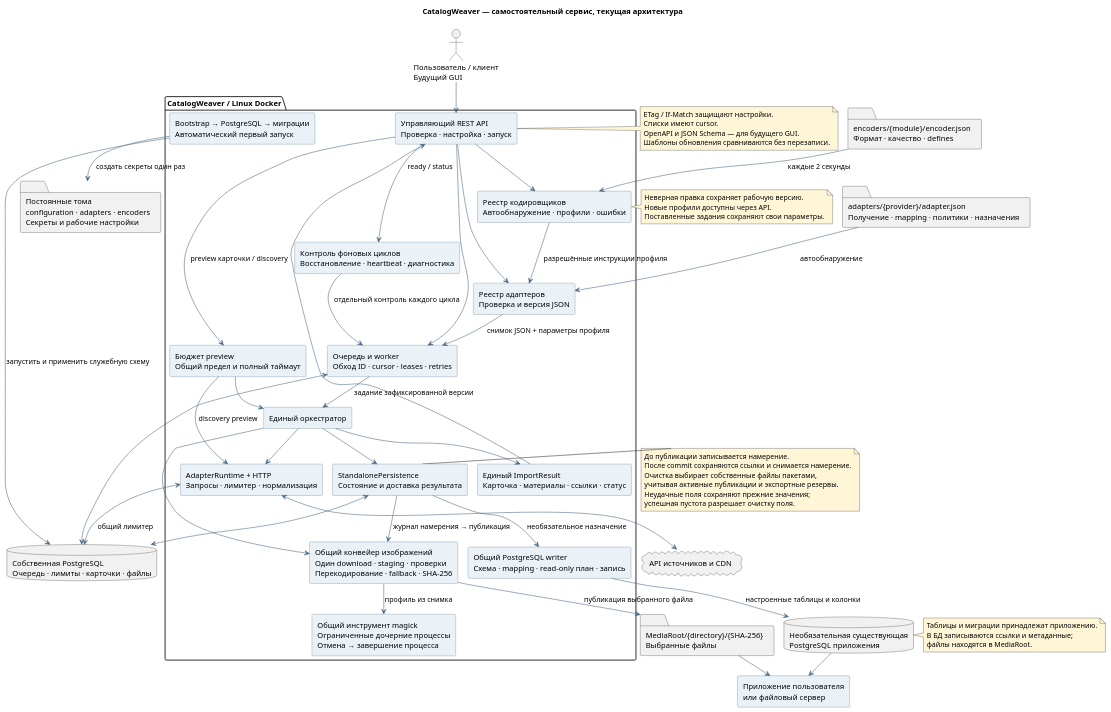
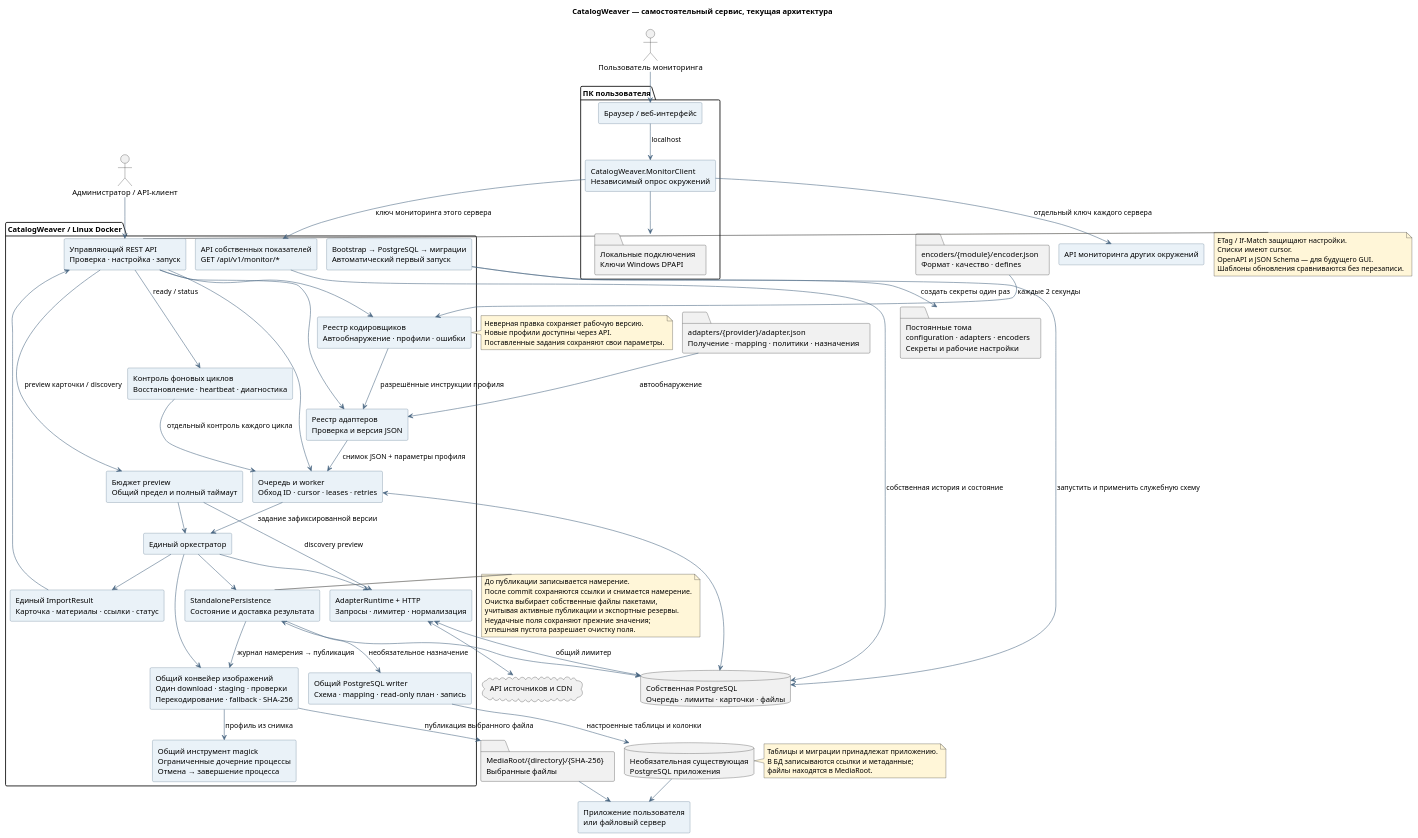
One commit to typoakk/CatalogWeaver changed the first of 3 diagrams in docs/architecture.puml. Above: the diagram before and after it, drawn with PlantUML. The commit also changed 32 other files, not shown here.

Commit message:
Add standalone monitoring client and per-server metrics

```diff
--- a/docs/architecture.puml
+++ b/docs/architecture.puml
@@ -1,98 +1,112 @@
 @startuml CatalogWeaver_Components
 !pragma layout smetana
 title CatalogWeaver — самостоятельный сервис, текущая архитектура
 top to bottom direction
 skinparam backgroundColor #FFFFFF
 skinparam shadowing false
 skinparam defaultFontName Arial
 skinparam componentStyle rectangle
 skinparam componentBackgroundColor #EAF2F8
 skinparam componentBorderColor #486581
 skinparam ArrowColor #486581
 skinparam noteBackgroundColor #FFF6D8
 
-actor "Пользователь / клиент\nБудущий GUI" as Client
+actor "Администратор / API-клиент" as Client
+actor "Пользователь мониторинга" as MonitorUser
+package "ПК пользователя" {
+  component "Браузер / веб-интерфейс" as MonitorWeb
+  component "CatalogWeaver.MonitorClient\nНезависимый опрос окружений" as MonitorClient
+  folder "Локальные подключения\nКлючи Windows DPAPI" as MonitorProfiles
+}
+component "API мониторинга других окружений" as OtherMonitoring
 folder "adapters/{provider}/adapter.json\nПолучение · mapping · политики · назначения" as Adapters
 folder "encoders/{module}/encoder.json\nФормат · качество · defines" as Encoders
 cloud "API источников и CDN" as Sources
 
 package "CatalogWeaver / Linux Docker" {
   component "Bootstrap → PostgreSQL → миграции\nАвтоматический первый запуск" as Bootstrap
+  component "API собственных показателей\nGET /api/v1/monitor/*" as MonitoringAPI
   component "Управляющий REST API\nПроверка · настройка · запуск" as API
   component "Бюджет preview\nОбщий предел и полный таймаут" as Preview
   component "Реестр адаптеров\nПроверка и версия JSON" as Registry
   component "Реестр кодировщиков\nАвтообнаружение · профили · ошибки" as EncoderRegistry
   component "Очередь и worker\nОбход ID · cursor · leases · retries" as Queue
   component "Контроль фоновых циклов\nВосстановление · heartbeat · диагностика" as Supervision
   component "Единый оркестратор" as Orchestrator
   component "AdapterRuntime + HTTP\nЗапросы · лимитер · нормализация" as Runtime
   component "Общий конвейер изображений\nОдин download · staging · проверки\nПерекодирование · fallback · SHA-256" as Images
   component "Общий инструмент magick\nОграниченные дочерние процессы\nОтмена → завершение процесса" as Codec
   component "StandalonePersistence\nСостояние и доставка результата" as Persistence
   component "Общий PostgreSQL writer\nСхема · mapping · read-only план · запись" as Writer
   component "Единый ImportResult\nКарточка · материалы · ссылки · статус" as Result
 }
 database "Собственная PostgreSQL\nОчередь · лимиты · карточки · файлы" as State
 folder "Постоянные тома\nconfiguration · adapters · encoders\nСекреты и рабочие настройки" as Settings
 database "Необязательная существующая\nPostgreSQL приложения" as Target
 folder "MediaRoot/{directory}/{SHA-256}\nВыбранные файлы" as Media
 component "Приложение пользователя\nили файловый сервер" as Application
 
+MonitorUser --> MonitorWeb
+MonitorWeb --> MonitorClient : localhost
+MonitorClient --> MonitoringAPI : ключ мониторинга этого сервера
+MonitorClient --> OtherMonitoring : отдельный ключ каждого сервера
+MonitorClient --> MonitorProfiles
+MonitoringAPI --> State : собственная история и состояние
 Client --> API
 Bootstrap --> Settings : создать секреты один раз
 Bootstrap --> State : запустить и применить служебную схему
 Adapters --> Registry : автообнаружение
 Encoders --> EncoderRegistry : каждые 2 секунды
 EncoderRegistry --> Registry : разрешённые инструкции профиля
 API --> Registry
 API --> EncoderRegistry
 API --> Queue
 API --> Preview : preview карточки / discovery
 Preview --> Orchestrator
 Preview --> Runtime : discovery preview
 API --> Supervision : ready / status
 Supervision --> Queue : отдельный контроль каждого цикла
 Registry --> Queue : снимок JSON + параметры профиля
 Queue --> Orchestrator : задание зафиксированной версии
 Orchestrator --> Runtime
 Runtime <--> Sources
 Runtime <--> State : общий лимитер
 Orchestrator --> Images
 Images --> Codec : профиль из снимка
 Images --> Media : публикация выбранного файла
 Orchestrator --> Persistence
 Persistence --> Images : журнал намерения → публикация
 Persistence --> Writer : необязательное назначение
 Writer --> Target : настроенные таблицы и колонки
 Persistence <--> State
 Queue <--> State
 Orchestrator --> Result
 Result --> API
 Target --> Application
 Media --> Application
 
 note right of Target
   Таблицы и миграции принадлежат приложению.
   В БД записываются ссылки и метаданные;
   файлы находятся в MediaRoot.
 end note
 note right of EncoderRegistry
   Неверная правка сохраняет рабочую версию.
   Новые профили доступны через API.
   Поставленные задания сохраняют свои параметры.
 end note
 note right of Persistence
   До публикации записывается намерение.
   После commit сохраняются ссылки и снимается намерение.
   Очистка выбирает собственные файлы пакетами,
   учитывая активные публикации и экспортные резервы.
   Неудачные поля сохраняют прежние значения;
   успешная пустота разрешает очистку поля.
 end note
 note left of API
   ETag / If-Match защищают настройки.
   Списки имеют cursor.
   OpenAPI и JSON Schema — для будущего GUI.
   Шаблоны обновления сравниваются без перезаписи.
 end note
 @enduml
```
